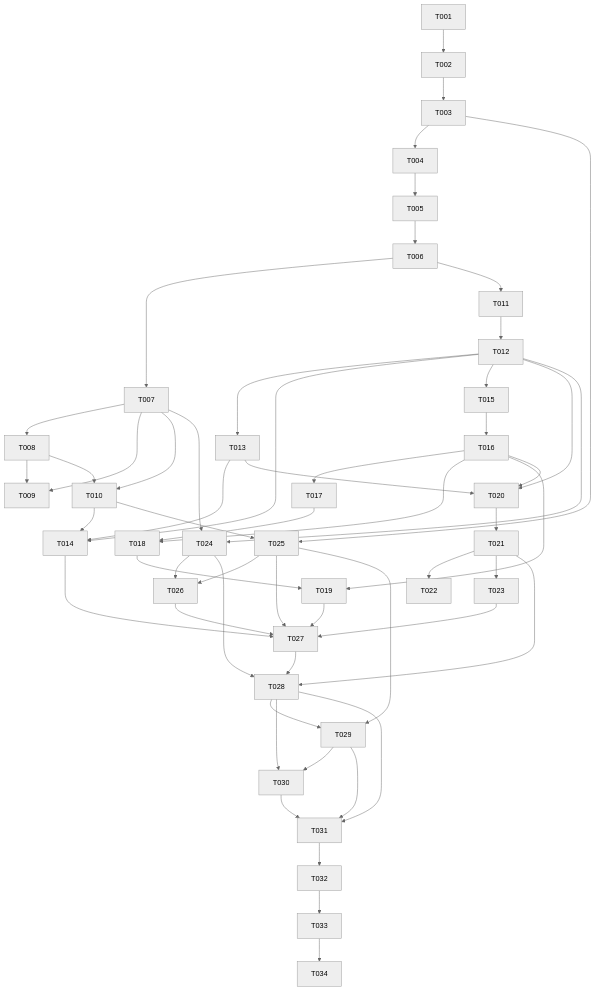
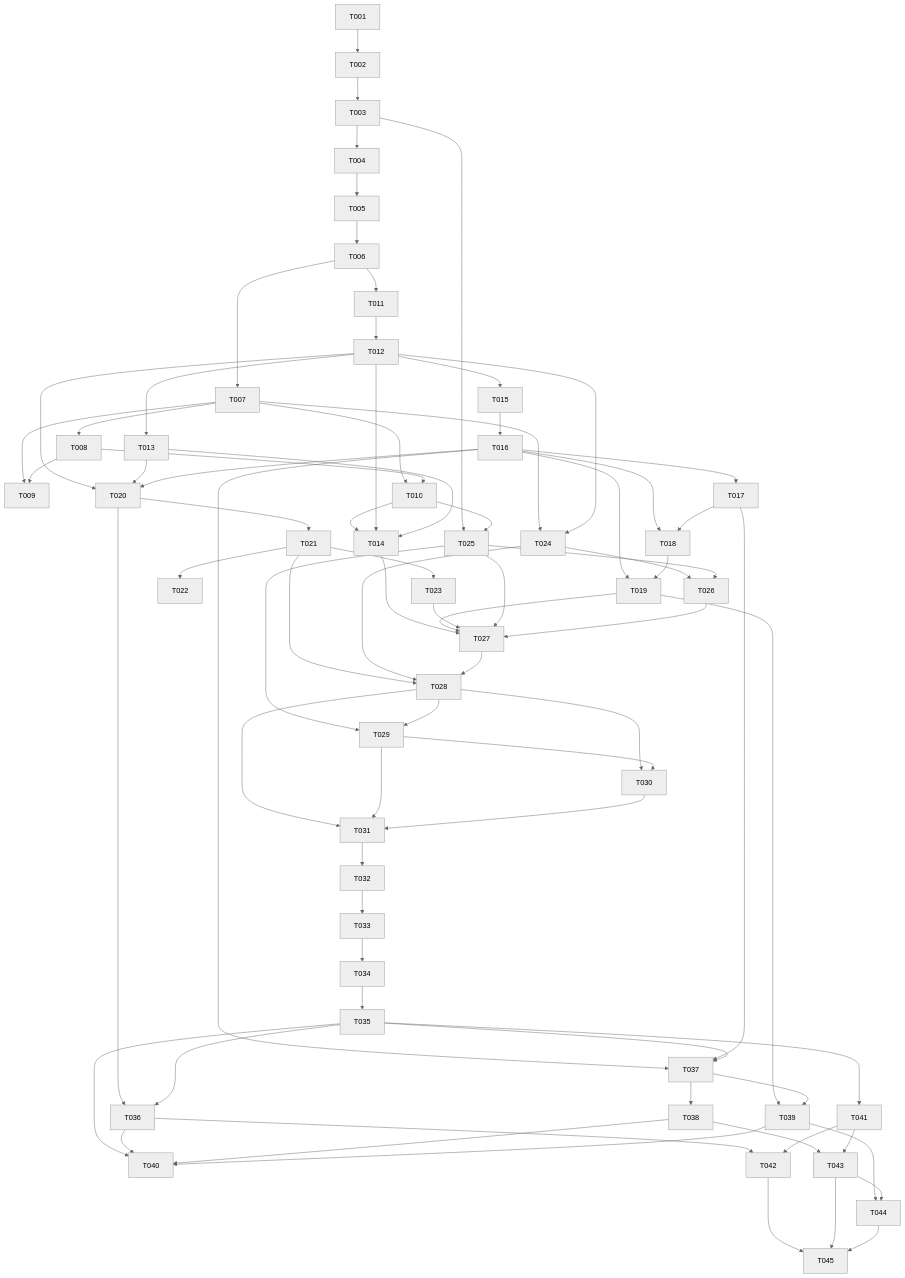
Before and after one commit to Gyu-bot/kinlayer: the diagram in implementation-plan.md, drawn with Mermaid (neutral theme). The commit also changed other lines of this file and 16 other files, not shown here.

````diff
--- a/implementation-plan.md
+++ b/implementation-plan.md
@@ -678,46 +1023,69 @@
 ```mermaid
 flowchart TD
   T001 --> T002 --> T003 --> T004 --> T005
   T005 --> T006
   T006 --> T007 --> T008
   T007 --> T009
   T008 --> T009
   T007 --> T010
   T008 --> T010
   T006 --> T011 --> T012 --> T013
   T010 --> T014
   T012 --> T014
   T013 --> T014
   T012 --> T015 --> T016 --> T017
   T016 --> T018
   T017 --> T018
   T016 --> T019
   T018 --> T019
   T012 --> T020
   T013 --> T020
   T016 --> T020
   T020 --> T021 --> T022
   T021 --> T023
   T007 --> T024
   T012 --> T024
   T003 --> T025
   T010 --> T025
   T024 --> T026
   T025 --> T026
   T014 --> T027
   T019 --> T027
   T023 --> T027
   T025 --> T027
   T026 --> T027
   T021 --> T028
   T024 --> T028
   T027 --> T028
   T025 --> T029
   T028 --> T029
   T028 --> T030
   T029 --> T030
   T028 --> T031
   T029 --> T031
   T030 --> T031
   T031 --> T032 --> T033 --> T034
+  T034 --> T035
+  T020 --> T036
+  T035 --> T036
+  T016 --> T037
+  T017 --> T037
+  T035 --> T037
+  T037 --> T038
+  T019 --> T039
+  T037 --> T039
+  T035 --> T040
+  T036 --> T040
+  T038 --> T040
+  T039 --> T040
+  T035 --> T041
+  T036 --> T042
+  T041 --> T042
+  T038 --> T043
+  T041 --> T043
+  T039 --> T044
+  T043 --> T044
+  T042 --> T045
+  T043 --> T045
+  T044 --> T045
 ```
````
